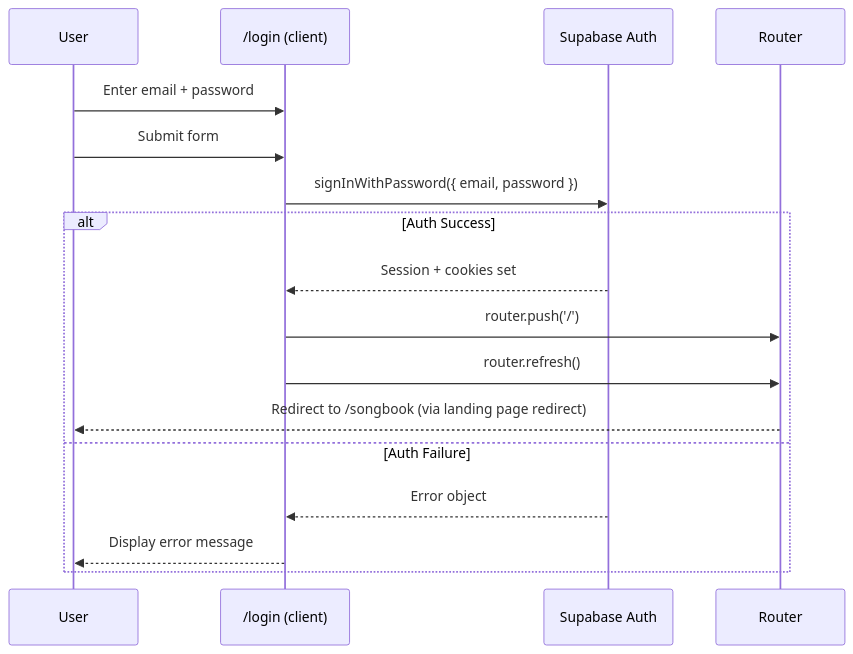
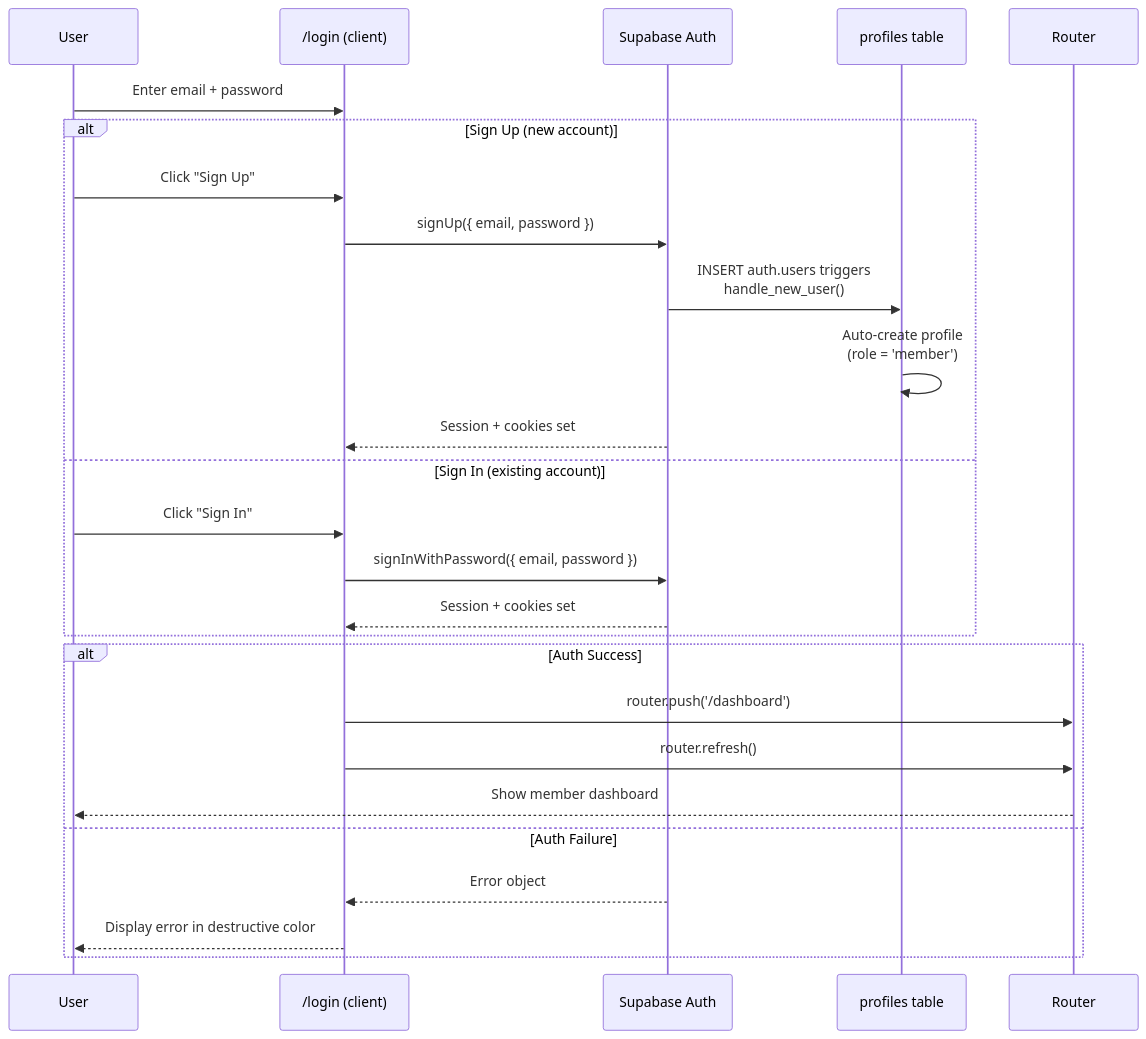
Before and after one commit to Felege-Yordanos-Tech-Team/felege-yordanos-app: the second of 6 diagrams in docs/auth-flow.md, drawn with Mermaid. The commit also changed other lines of this file and 3 other files, not shown here.

First line of the commit message:
docs: 📝 update architecture docs and add database schema

````diff
--- a/docs/auth-flow.md
+++ b/docs/auth-flow.md
@@ -47,21 +53,31 @@
 ```mermaid
 sequenceDiagram
     participant U as User
     participant LP as /login (client)
     participant SB as Supabase Auth
+    participant DB as profiles table
     participant R as Router
 
     U->>LP: Enter email + password
-    U->>LP: Submit form
-    LP->>SB: signInWithPassword({ email, password })
+
+    alt Sign Up (new account)
+        U->>LP: Click "Sign Up"
+        LP->>SB: signUp({ email, password })
+        SB->>DB: INSERT auth.users triggers<br/>handle_new_user()
+        DB->>DB: Auto-create profile<br/>(role = 'member')
+        SB-->>LP: Session + cookies set
+    else Sign In (existing account)
+        U->>LP: Click "Sign In"
+        LP->>SB: signInWithPassword({ email, password })
+        SB-->>LP: Session + cookies set
+    end
 
     alt Auth Success
-        SB-->>LP: Session + cookies set
-        LP->>R: router.push('/')
+        LP->>R: router.push('/dashboard')
         LP->>R: router.refresh()
-        R-->>U: Redirect to /songbook (via landing page redirect)
+        R-->>U: Show member dashboard
     else Auth Failure
         SB-->>LP: Error object
-        LP-->>U: Display error message
+        LP-->>U: Display error in destructive color
     end
 ```
````
